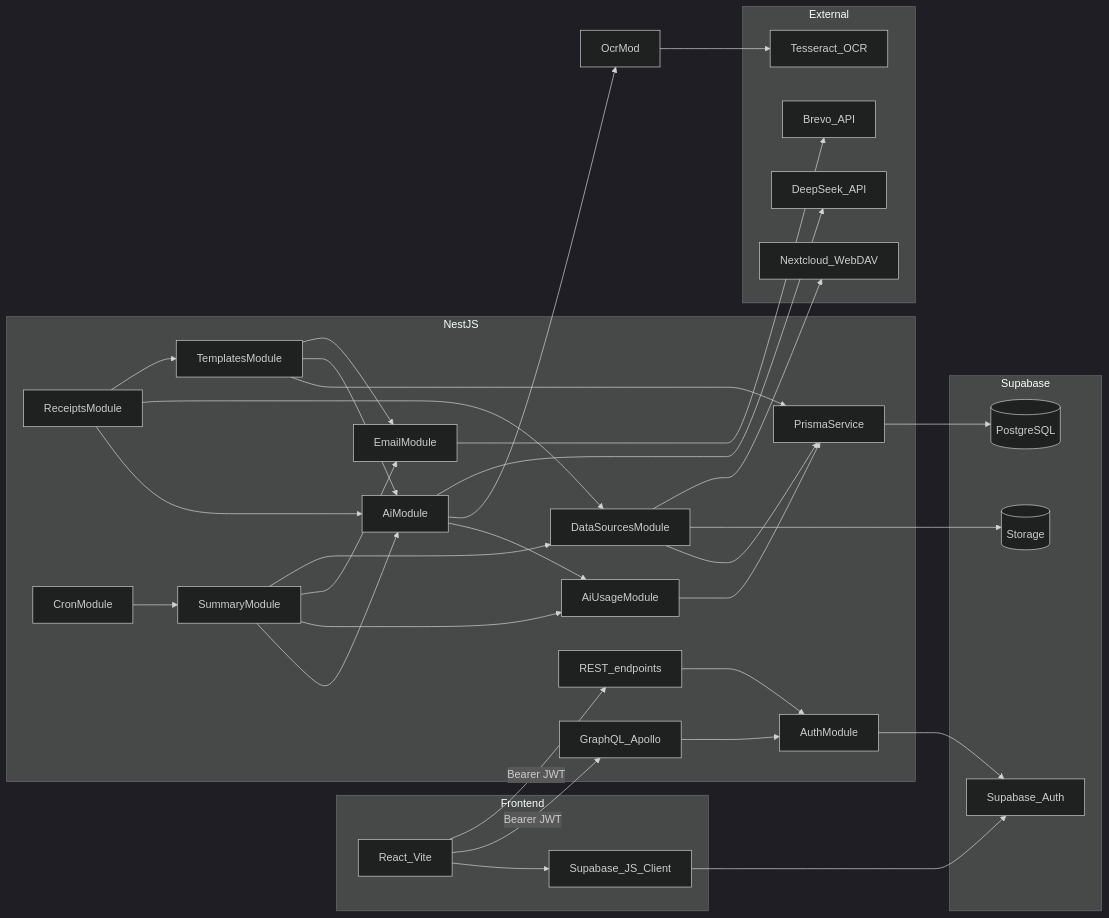
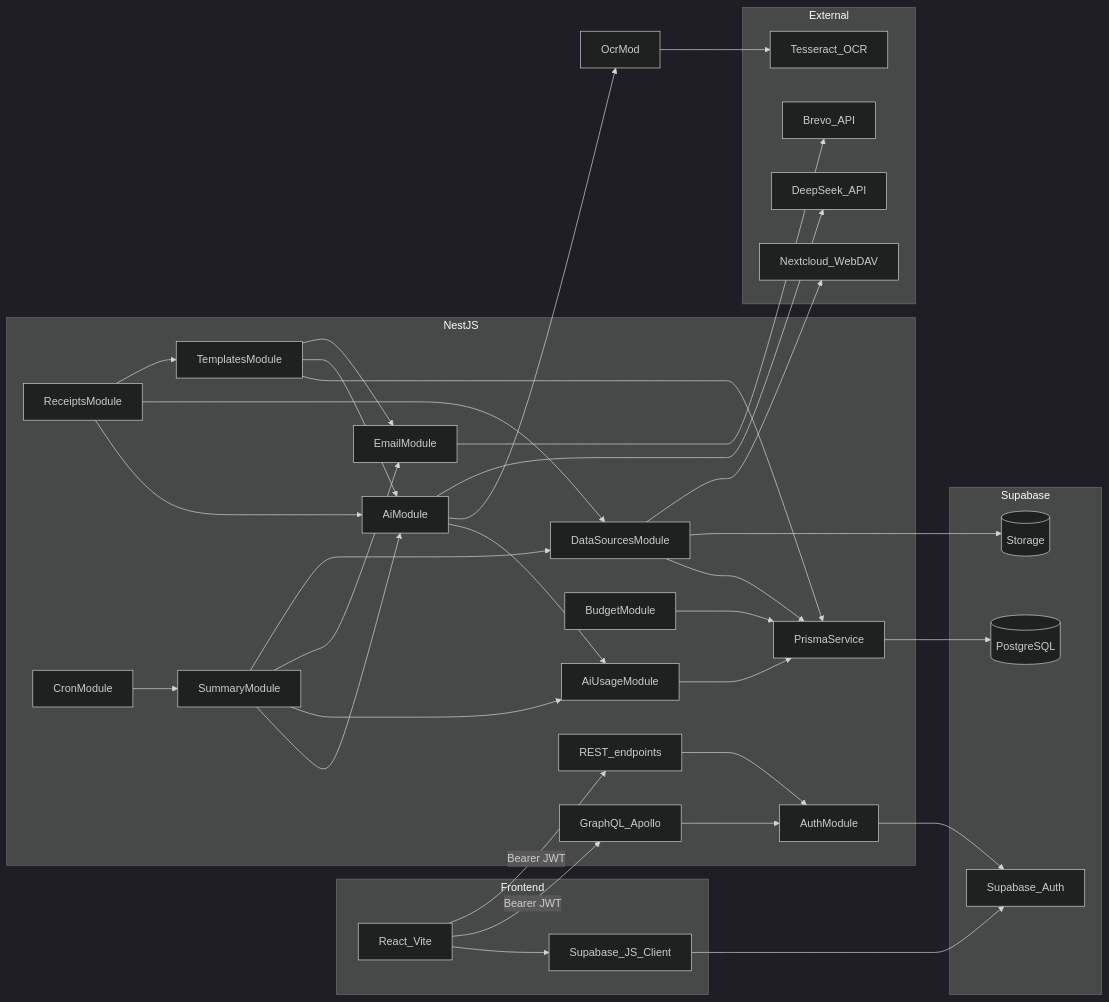
One commit to PatrykS-ORG/expenses-tracking-backend changed the diagram in docs/architecture.md. Above: the diagram before and after it, drawn with Mermaid (dark theme). The commit also changed other lines of this file and 13 other files, not shown here.

````diff
--- a/docs/architecture.md
+++ b/docs/architecture.md
@@ -18,61 +18,63 @@
 ```mermaid
 flowchart LR
   subgraph frontend [Frontend]
     React[React_Vite]
     SupaClient[Supabase_JS_Client]
   end
   subgraph backend [NestJS]
     GQL[GraphQL_Apollo]
     REST[REST_endpoints]
     AuthMod[AuthModule]
     TemplatesMod[TemplatesModule]
     DataSourcesMod[DataSourcesModule]
     EmailMod[EmailModule]
     AiMod[AiModule]
     AiUsageMod[AiUsageModule]
     ReceiptsMod[ReceiptsModule]
     SummaryMod[SummaryModule]
+    BudgetMod[BudgetModule]
     CronMod[CronModule]
     PrismaSvc[PrismaService]
   end
   subgraph supabase [Supabase]
     SupaAuth[Supabase_Auth]
     Postgres[(PostgreSQL)]
     Storage[(Storage)]
   end
   subgraph external [External]
     DeepSeek[DeepSeek_API]
     Tesseract[Tesseract_OCR]
     Brevo[Brevo_API]
     Nextcloud[Nextcloud_WebDAV]
   end
 
   React --> SupaClient
   SupaClient --> SupaAuth
   React -->|"Bearer JWT"| GQL
   React -->|"Bearer JWT"| REST
   GQL --> AuthMod
   REST --> AuthMod
   AuthMod --> SupaAuth
   TemplatesMod --> PrismaSvc
   TemplatesMod --> AiMod
   TemplatesMod --> EmailMod
   DataSourcesMod --> PrismaSvc
   DataSourcesMod --> Storage
   DataSourcesMod --> Nextcloud
   ReceiptsMod --> AiMod
   ReceiptsMod --> DataSourcesMod
   ReceiptsMod --> TemplatesMod
   AiMod --> AiUsageMod
   AiMod --> OcrMod
   AiMod --> DeepSeek
   AiUsageMod --> PrismaSvc
   OcrMod --> Tesseract
   EmailMod --> Brevo
   SummaryMod --> AiMod
   SummaryMod --> AiUsageMod
   SummaryMod --> EmailMod
   SummaryMod --> DataSourcesMod
+  BudgetMod --> PrismaSvc
   CronMod --> SummaryMod
   PrismaSvc --> Postgres
 ```
````
